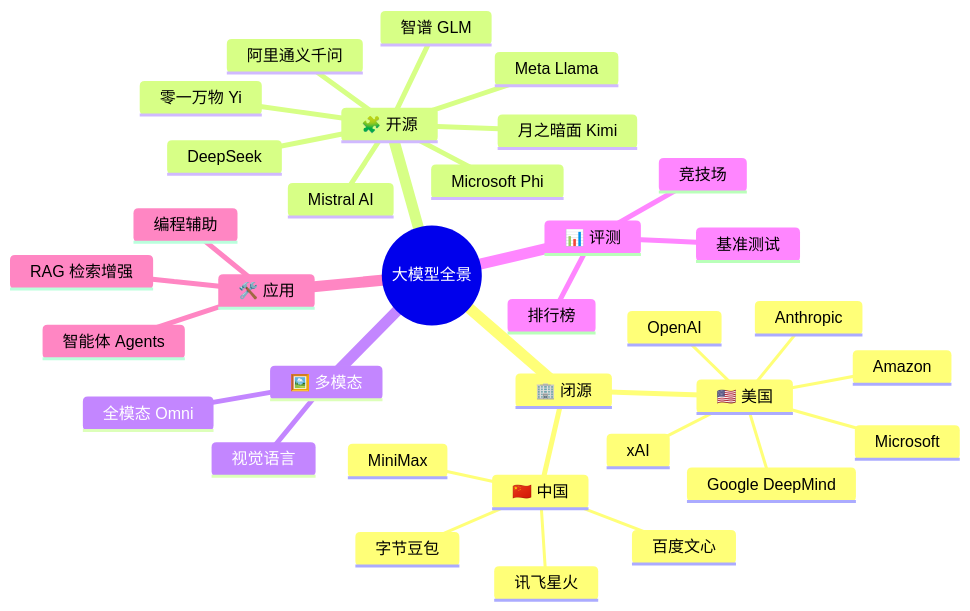
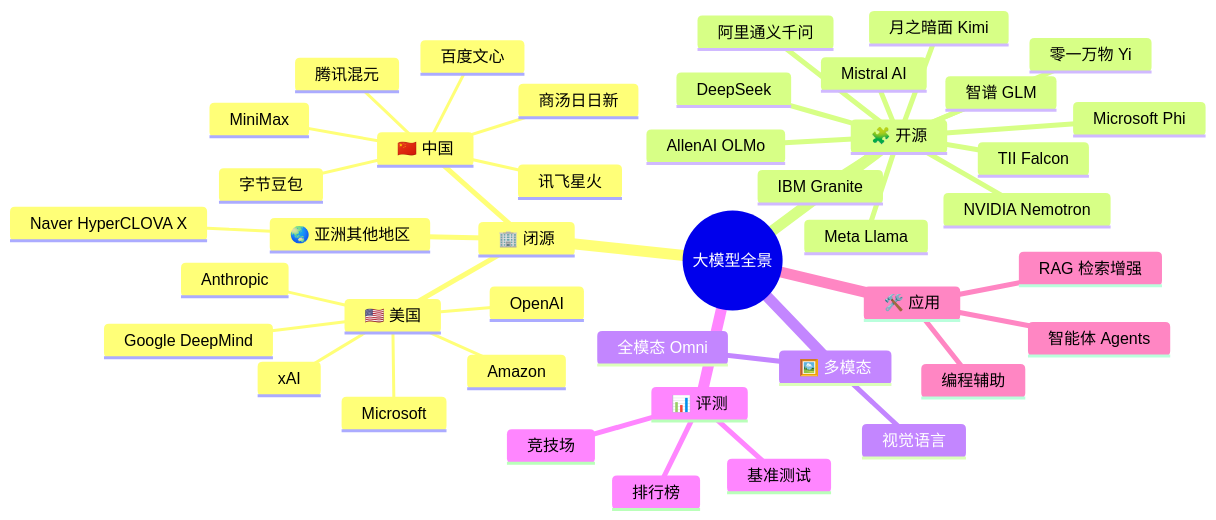
One commit to HoobenWang/awesome-llm-landscape changed the first of 2 diagrams in README.zh-CN.md. Above: the diagram before and after it, drawn with Mermaid. The commit also changed other lines of this file and 2 other files, not shown here.

First line of the commit message:
Add Tencent, SenseTime, Naver, NVIDIA, IBM, TII, AllenAI

````diff
--- a/README.zh-CN.md
+++ b/README.zh-CN.md
@@ -42,37 +42,45 @@
 ```mermaid
 mindmap
   root((大模型全景))
     🏢 闭源
       🇺🇸 美国
         OpenAI
         Anthropic
         Google DeepMind
         xAI
         Amazon
         Microsoft
       🇨🇳 中国
         百度文心
         字节豆包
+        腾讯混元
+        商汤日日新
         讯飞星火
         MiniMax
+      🌏 亚洲其他地区
+        Naver HyperCLOVA X
     🧩 开源
       Meta Llama
       Mistral AI
       DeepSeek
       阿里通义千问
       智谱 GLM
       月之暗面 Kimi
       零一万物 Yi
       Microsoft Phi
+      NVIDIA Nemotron
+      IBM Granite
+      TII Falcon
+      AllenAI OLMo
     🖼️ 多模态
       视觉语言
       全模态 Omni
     📊 评测
       竞技场
       基准测试
       排行榜
     🛠️ 应用
       智能体 Agents
       RAG 检索增强
       编程辅助
 ```
````
